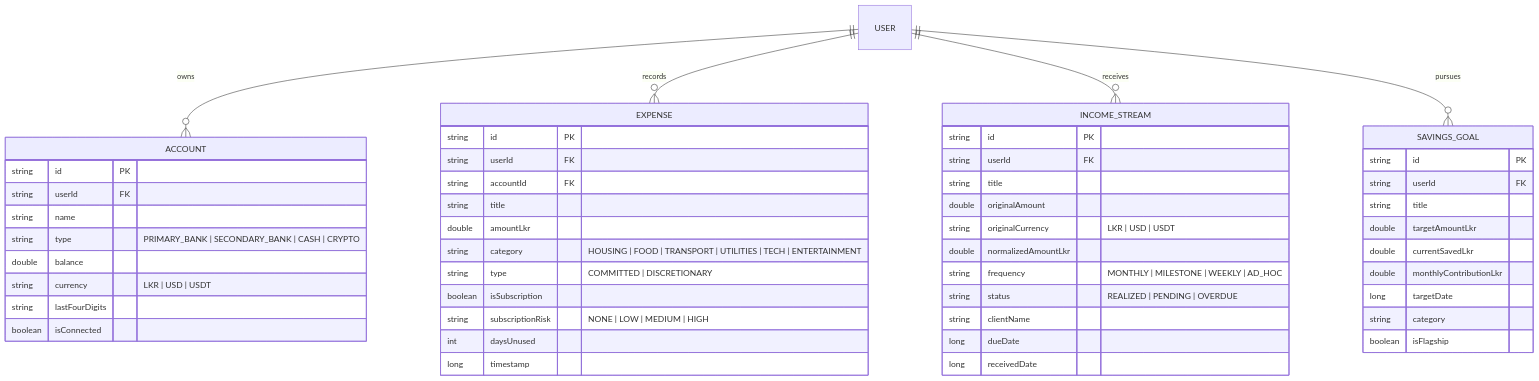
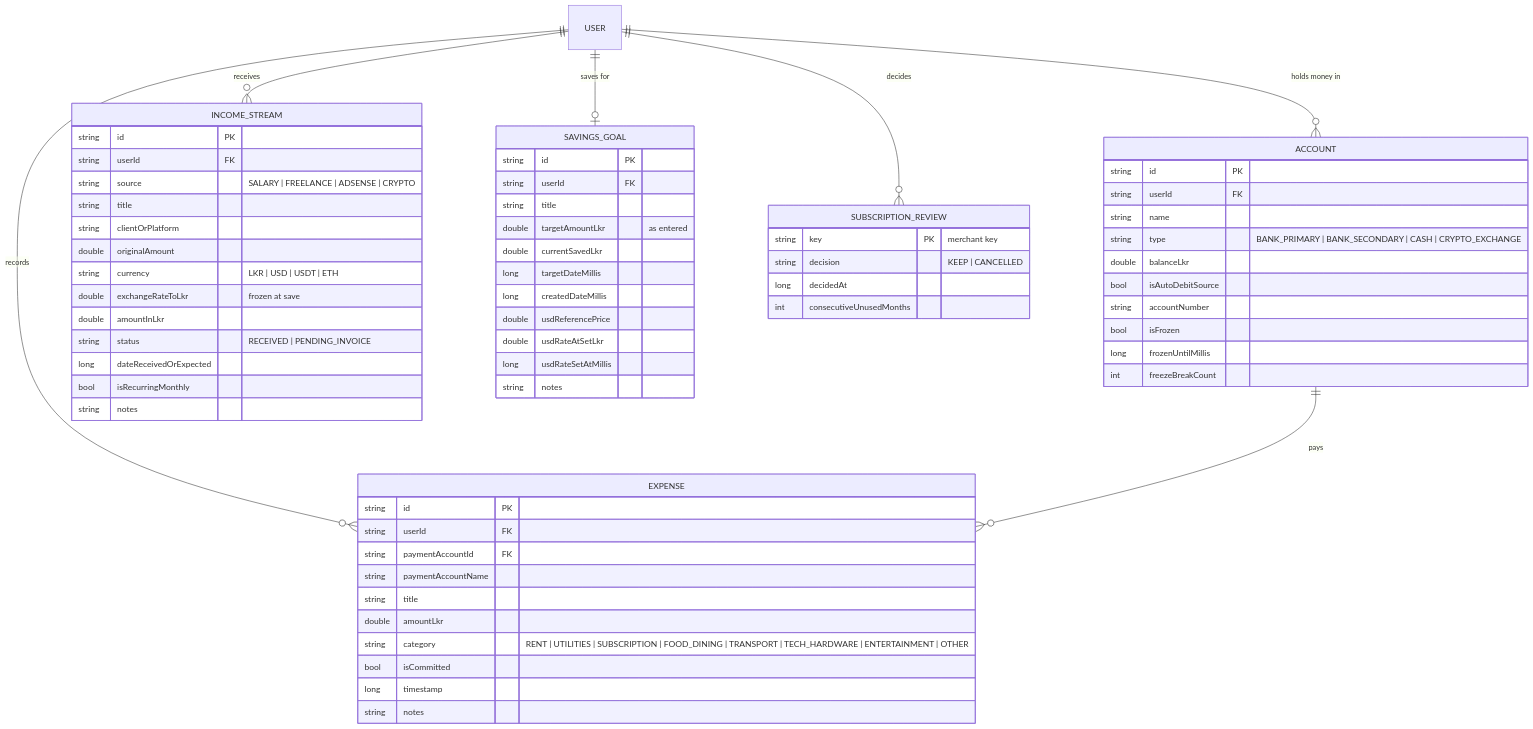
The diagram in docs/DATA_MODELS_AND_STORAGE.md (Hesara2003/PulseFinance-SE3092), drawn with Mermaid before and after one commit. The commit also changed other lines of this file, not shown here.

First line of the commit message:
docs(data): rewrite Firestore schema and data models from the code

````diff
--- a/docs/DATA_MODELS_AND_STORAGE.md
+++ b/docs/DATA_MODELS_AND_STORAGE.md
@@ -14,58 +170,72 @@
 ```mermaid
 erDiagram
-    USER ||--o{ ACCOUNT : owns
+    USER ||--o{ ACCOUNT : "holds money in"
     USER ||--o{ EXPENSE : records
     USER ||--o{ INCOME_STREAM : receives
-    USER ||--o{ SAVINGS_GOAL : pursues
+    USER ||--o| SAVINGS_GOAL : "saves for"
+    ACCOUNT ||--o{ EXPENSE : "pays"
+    USER ||--o{ SUBSCRIPTION_REVIEW : decides
 
     ACCOUNT {
         string id PK
         string userId FK
         string name
-        string type "PRIMARY_BANK | SECONDARY_BANK | CASH | CRYPTO"
-        double balance
-        string currency "LKR | USD | USDT"
-        string lastFourDigits
-        boolean isConnected
+        string type "BANK_PRIMARY | BANK_SECONDARY | CASH | CRYPTO_EXCHANGE"
+        double balanceLkr
+        bool isAutoDebitSource
+        string accountNumber
+        bool isFrozen
+        long frozenUntilMillis
+        int freezeBreakCount
     }
 
     EXPENSE {
         string id PK
         string userId FK
-        string accountId FK
+        string paymentAccountId FK
+        string paymentAccountName
         string title
         double amountLkr
-        string category "HOUSING | FOOD | TRANSPORT | UTILITIES | TECH | ENTERTAINMENT"
-        string type "COMMITTED | DISCRETIONARY"
-        boolean isSubscription
-        string subscriptionRisk "NONE | LOW | MEDIUM | HIGH"
-        int daysUnused
+        string category "RENT | UTILITIES | SUBSCRIPTION | FOOD_DINING | TRANSPORT | TECH_HARDWARE | ENTERTAINMENT | OTHER"
+        bool isCommitted
         long timestamp
+        string notes
     }
 
     INCOME_STREAM {
         string id PK
         string userId FK
+        string source "SALARY | FREELANCE | ADSENSE | CRYPTO"
         string title
+        string clientOrPlatform
         double originalAmount
-        string originalCurrency "LKR | USD | USDT"
-        double normalizedAmountLkr
-        string frequency "MONTHLY | MILESTONE | WEEKLY | AD_HOC"
-        string status "REALIZED | PENDING | OVERDUE"
-        string clientName
-        long dueDate
-        long receivedDate
+        string currency "LKR | USD | USDT | ETH"
+        double exchangeRateToLkr "frozen at save"
+        double amountInLkr
+        string status "RECEIVED | PENDING_INVOICE"
+        long dateReceivedOrExpected
+        bool isRecurringMonthly
+        string notes
     }
 
     SAVINGS_GOAL {
         string id PK
         string userId FK
         string title
-        double targetAmountLkr
+        double targetAmountLkr "as entered"
         double currentSavedLkr
-        double monthlyContributionLkr
-        long targetDate
-        string category
-        boolean isFlagship
+        long targetDateMillis
+        long createdDateMillis
+        double usdReferencePrice
+        double usdRateAtSetLkr
+        long usdRateSetAtMillis
+        string notes
+    }
+
+    SUBSCRIPTION_REVIEW {
+        string key PK "merchant key"
+        string decision "KEEP | CANCELLED"
+        long decidedAt
+        int consecutiveUnusedMonths
     }
 ```
````
